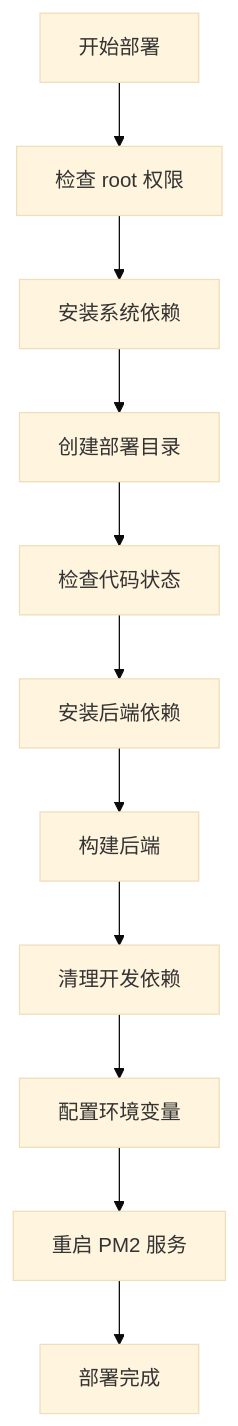
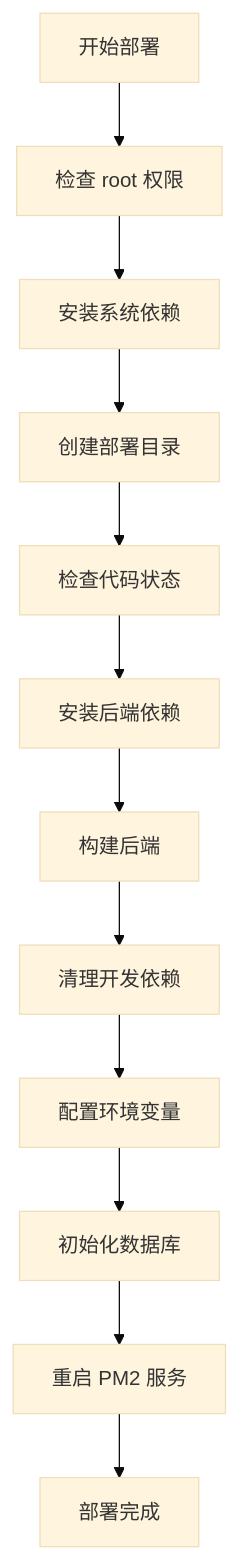
One commit to songdiyang/clawOperations changed the seventh of 15 diagrams in .qoder/repowiki/zh/content/开发指南/部署基础设施.md. Above: the diagram before and after it, drawn with Mermaid (base theme). The commit also changed other lines of this file and 10 other files, not shown here.

````diff
--- a/.qoder/repowiki/zh/content/开发指南/部署基础设施.md
+++ b/.qoder/repowiki/zh/content/开发指南/部署基础设施.md
@@ -268,13 +294,14 @@
 ```mermaid
 flowchart TD
 A[开始部署] --> B[检查 root 权限]
 B --> C[安装系统依赖]
 C --> D[创建部署目录]
 D --> E[检查代码状态]
 E --> F[安装后端依赖]
 F --> G[构建后端]
 G --> H[清理开发依赖]
 H --> I[配置环境变量]
-I --> J[重启 PM2 服务]
-J --> K[部署完成]
+I --> J[初始化数据库]
+J --> K[重启 PM2 服务]
+K --> L[部署完成]
 ```
````
